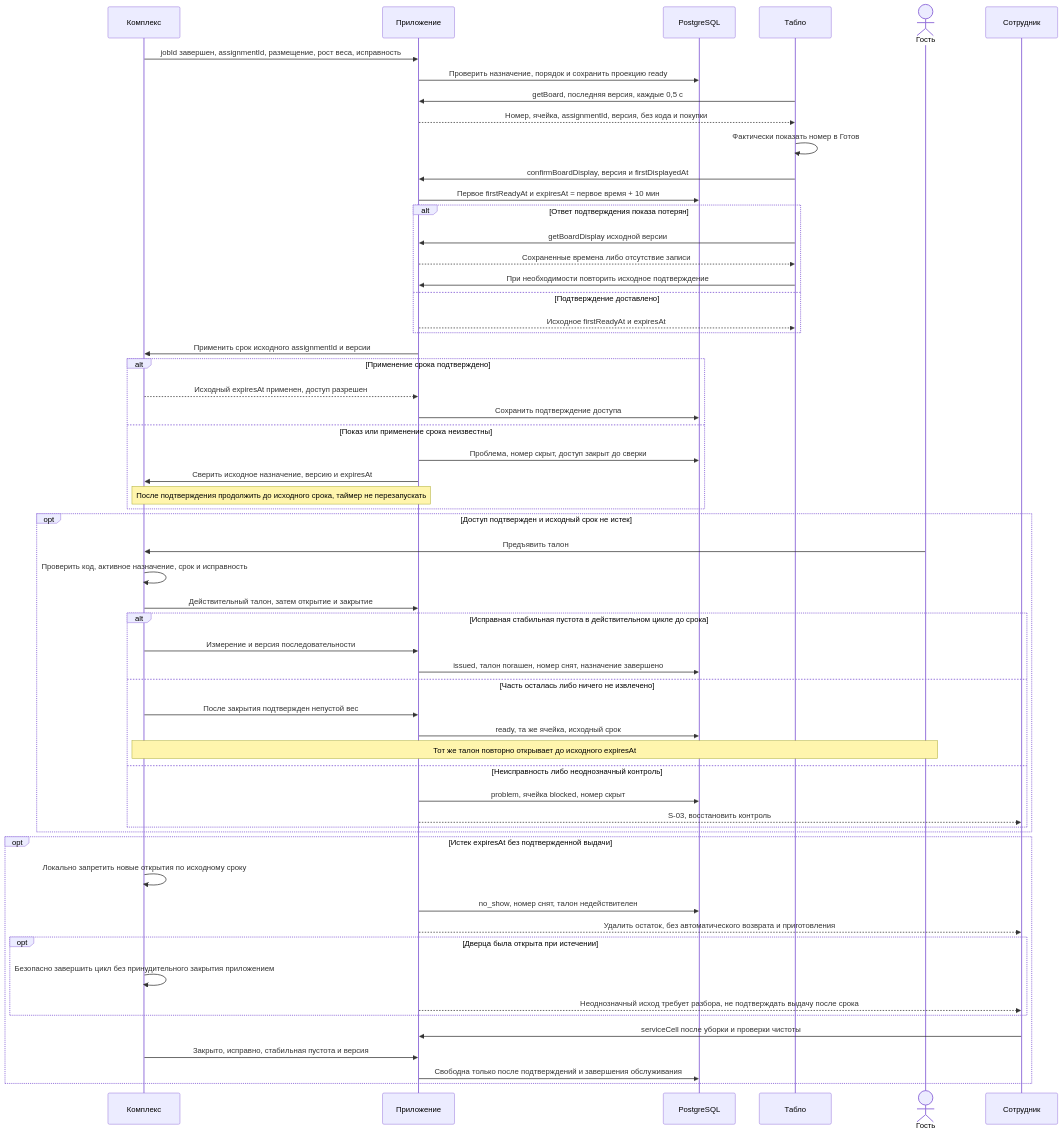
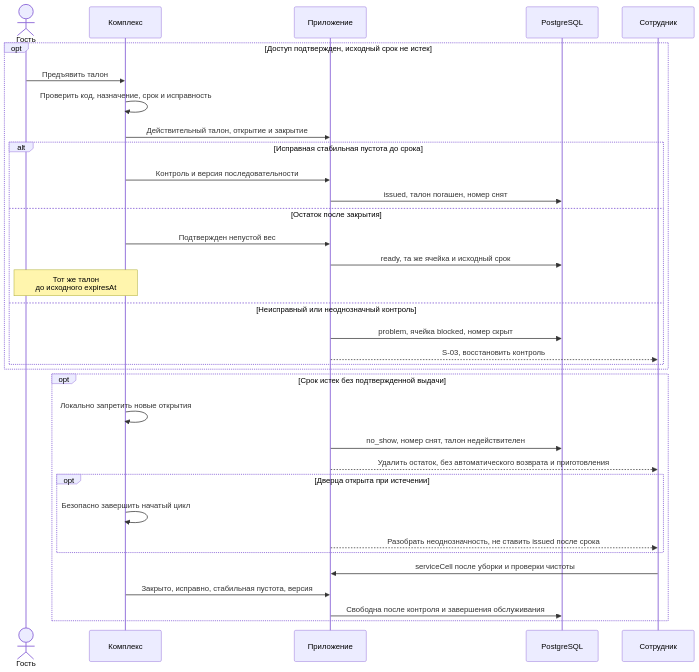
One commit to n-leo-leo/restaurant-order-board changed the sixth of 8 diagrams in docs/project/published/04_architecture/integration-flows.md. Above: the diagram before and after it, drawn with Mermaid. The commit also changed other lines of this file and 27 other files, not shown here.

````diff
--- a/docs/project/published/04_architecture/integration-flows.md
+++ b/docs/project/published/04_architecture/integration-flows.md
@@ -145,60 +201,36 @@
 ```mermaid
 sequenceDiagram
+actor Guest as Гость
 participant Robot as Комплекс
 participant App as Приложение
 participant DB as PostgreSQL
-participant Board as Табло
-actor Guest as Гость
 participant Staff as Сотрудник
-Robot->>App: jobId завершен, assignmentId, размещение, рост веса, исправность
-App->>DB: Проверить назначение, порядок и сохранить проекцию ready
-Board->>App: getBoard, последняя версия, каждые 0,5 с
-App-->>Board: Номер, ячейка, assignmentId, версия, без кода и покупки
-Board->>Board: Фактически показать номер в Готов
-Board->>App: confirmBoardDisplay, версия и firstDisplayedAt
-App->>DB: Первое firstReadyAt и expiresAt = первое время + 10 мин
-alt Ответ подтверждения показа потерян
-Board->>App: getBoardDisplay исходной версии
-App-->>Board: Сохраненные времена либо отсутствие записи
-Board->>App: При необходимости повторить исходное подтверждение
-else Подтверждение доставлено
-App-->>Board: Исходное firstReadyAt и expiresAt
-end
-App->>Robot: Применить срок исходного assignmentId и версии
-alt Применение срока подтверждено
-Robot-->>App: Исходный expiresAt применен, доступ разрешен
-App->>DB: Сохранить подтверждение доступа
-else Показ или применение срока неизвестны
-App->>DB: Проблема, номер скрыт, доступ закрыт до сверки
-App->>Robot: Сверить исходное назначение, версию и expiresAt
-Note over App,Robot: После подтверждения продолжить до исходного срока, таймер не перезапускать
-end
-opt Доступ подтвержден и исходный срок не истек
+opt Доступ подтвержден, исходный срок не истек
 Guest->>Robot: Предъявить талон
-Robot->>Robot: Проверить код, активное назначение, срок и исправность
-Robot->>App: Действительный талон, затем открытие и закрытие
-alt Исправная стабильная пустота в действительном цикле до срока
-Robot->>App: Измерение и версия последовательности
-App->>DB: issued, талон погашен, номер снят, назначение завершено
-else Часть осталась либо ничего не извлечено
-Robot->>App: После закрытия подтвержден непустой вес
-App->>DB: ready, та же ячейка, исходный срок
-Note over Robot,Guest: Тот же талон повторно открывает до исходного expiresAt
-else Неисправность либо неоднозначный контроль
+Robot->>Robot: Проверить код, назначение, срок и исправность
+Robot->>App: Действительный талон, открытие и закрытие
+alt Исправная стабильная пустота до срока
+Robot->>App: Контроль и версия последовательности
+App->>DB: issued, талон погашен, номер снят
+else Остаток после закрытия
+Robot->>App: Подтвержден непустой вес
+App->>DB: ready, та же ячейка и исходный срок
+Note over Guest,Robot: Тот же талон<br/>до исходного expiresAt
+else Неисправный или неоднозначный контроль
 App->>DB: problem, ячейка blocked, номер скрыт
 App-->>Staff: S-03, восстановить контроль
 end
 end
-opt Истек expiresAt без подтвержденной выдачи
-Robot->>Robot: Локально запретить новые открытия по исходному сроку
+opt Срок истек без подтвержденной выдачи
+Robot->>Robot: Локально запретить новые открытия
 App->>DB: no_show, номер снят, талон недействителен
 App-->>Staff: Удалить остаток, без автоматического возврата и приготовления
-opt Дверца была открыта при истечении
-Robot->>Robot: Безопасно завершить цикл без принудительного закрытия приложением
-App-->>Staff: Неоднозначный исход требует разбора, не подтверждать выдачу после срока
+opt Дверца открыта при истечении
+Robot->>Robot: Безопасно завершить начатый цикл
+App-->>Staff: Разобрать неоднозначность, не ставить issued после срока
 end
 Staff->>App: serviceCell после уборки и проверки чистоты
-Robot->>App: Закрыто, исправно, стабильная пустота и версия
-App->>DB: Свободна только после подтверждений и завершения обслуживания
+Robot->>App: Закрыто, исправно, стабильная пустота, версия
+App->>DB: Свободна после контроля и завершения обслуживания
 end
 ```
````
